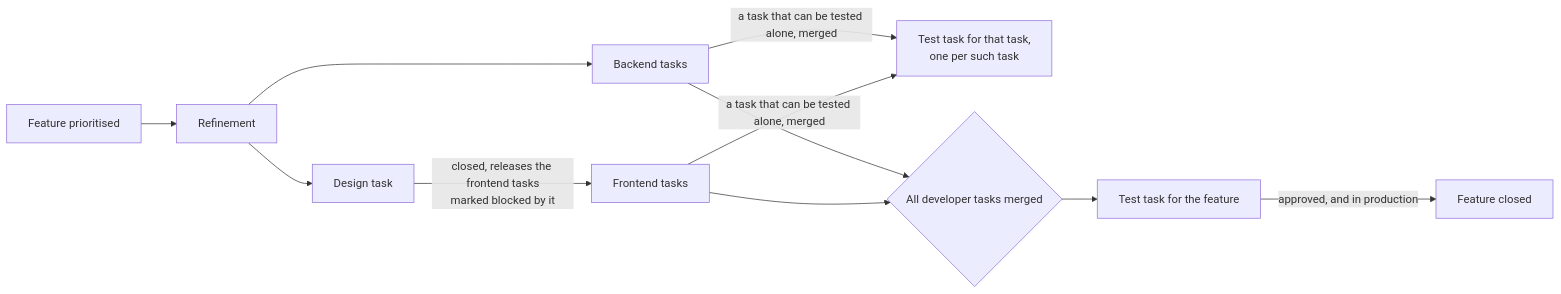
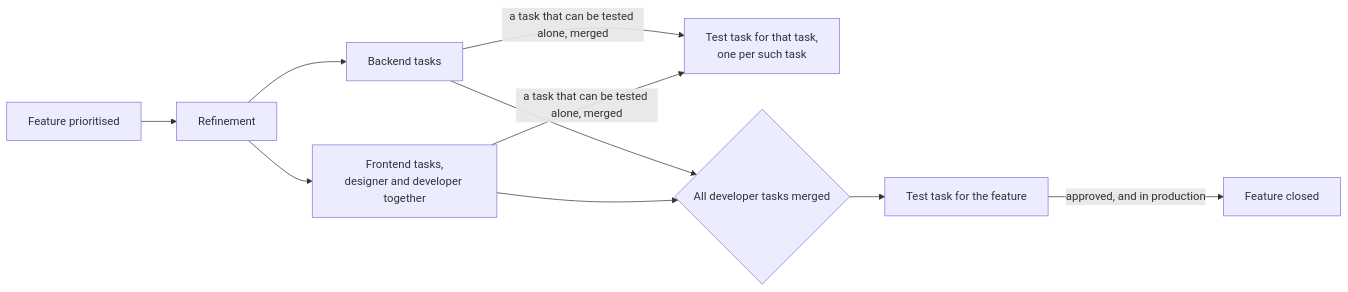
The first of 2 diagrams in docs/process/how-we-work.md (Altinn/altinn-auth), drawn with Mermaid before and after one commit. The commit also changed other lines of this file and 3 other files, not shown here.

Commit message:
no design task, designer co-assigned on the frontend task; one design review timed by the developer

````diff
--- a/docs/process/how-we-work.md
+++ b/docs/process/how-we-work.md
@@ -55,13 +55,12 @@
 ```mermaid
 flowchart LR
     P["Feature prioritised"] --> R["Refinement"]
-    R --> D["Design task"]
     R --> B["Backend tasks"]
-    D -->|closed, releases the frontend tasks<br/>marked blocked by it| FE["Frontend tasks"]
+    R --> FE["Frontend tasks,<br/>designer and developer together"]
     B -->|a task that can be tested alone, merged| T1["Test task for that task,<br/>one per such task"]
     FE -->|a task that can be tested alone, merged| T1
     B --> A{"All developer tasks merged"}
     FE --> A
     A --> T["Test task for the feature"]
     T -->|approved, and in production| F["Feature closed"]
 ```
````
